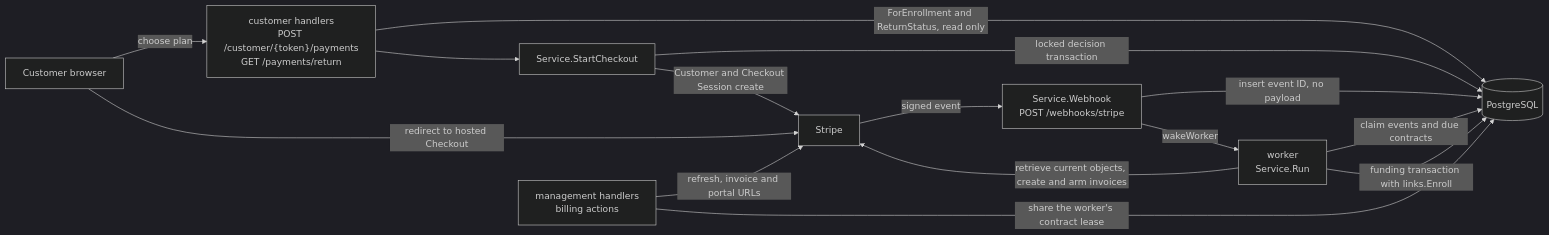
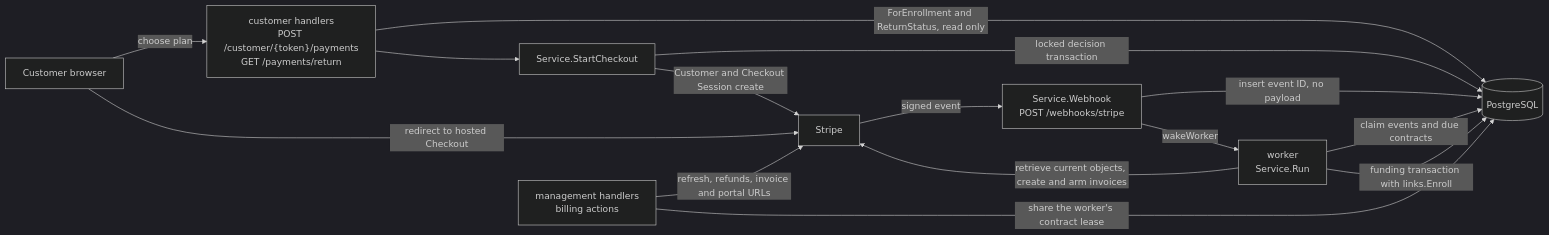
Before and after one commit to devGabriel131/ProjectHermes: the diagram in docs/billing/overview.md, drawn with Mermaid (dark theme). The commit also changed other lines of this file and 34 other files, not shown here.

````diff
--- a/docs/billing/overview.md
+++ b/docs/billing/overview.md
@@ -25,26 +27,26 @@
 ```mermaid
 flowchart LR
   customer["Customer browser"]
   handlers["customer handlers\nPOST /customer/{token}/payments\nGET /payments/return"]
   start["Service.StartCheckout"]
   staff["management handlers\nbilling actions"]
   webhook["Service.Webhook\nPOST /webhooks/stripe"]
   worker["worker\nService.Run"]
   db[("PostgreSQL")]
   stripe["Stripe"]
 
   customer -->|"choose plan"| handlers
   handlers --> start
   handlers -->|"ForEnrollment and ReturnStatus, read only"| db
   start -->|"locked decision transaction"| db
   start -->|"Customer and Checkout Session create"| stripe
   customer -->|"redirect to hosted Checkout"| stripe
   stripe -->|"signed event"| webhook
   webhook -->|"insert event ID, no payload"| db
   webhook -->|"wakeWorker"| worker
   worker -->|"claim events and due contracts"| db
   worker -->|"retrieve current objects, create and arm invoices"| stripe
   worker -->|"funding transaction with links.Enroll"| db
   staff -->|"share the worker's contract lease"| db
-  staff -->|"refresh, invoice and portal URLs"| stripe
+  staff -->|"refresh, refunds, invoice and portal URLs"| stripe
 ```
````
